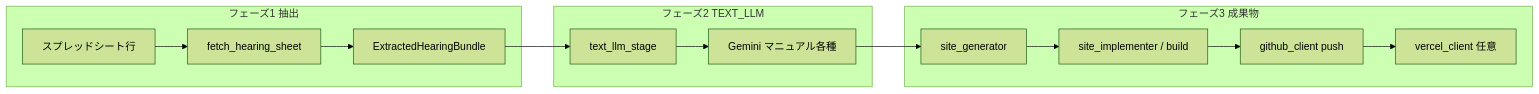
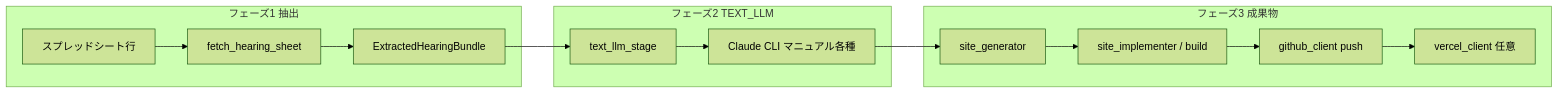
One commit to pro-webc/mac-mini-bot changed the diagram in README.md. Above: the diagram before and after it, drawn with Mermaid (forest theme). The commit also changed other lines of this file and 77 other files, not shown here.

First line of the commit message:
refactor: Gemini → Claude CLI 全面移行・Gemini 専用モジュール削除・パイプライン整備

````diff
--- a/README.md
+++ b/README.md
@@ -47,21 +47,21 @@
 ```mermaid
 flowchart LR
   subgraph extract [フェーズ1 抽出]
     S[スプレッドシート行]
     H[fetch_hearing_sheet]
     B[ExtractedHearingBundle]
     S --> H --> B
   end
   subgraph llm [フェーズ2 TEXT_LLM]
     T[text_llm_stage]
-    G2[Gemini マニュアル各種]
+    G2[Claude CLI マニュアル各種]
     B --> T --> G2
   end
   subgraph build [フェーズ3 成果物]
     G[site_generator]
     I[site_implementer / build]
     P[github_client push]
     V[vercel_client 任意]
     G2 --> G --> I --> P --> V
   end
 ```
````
